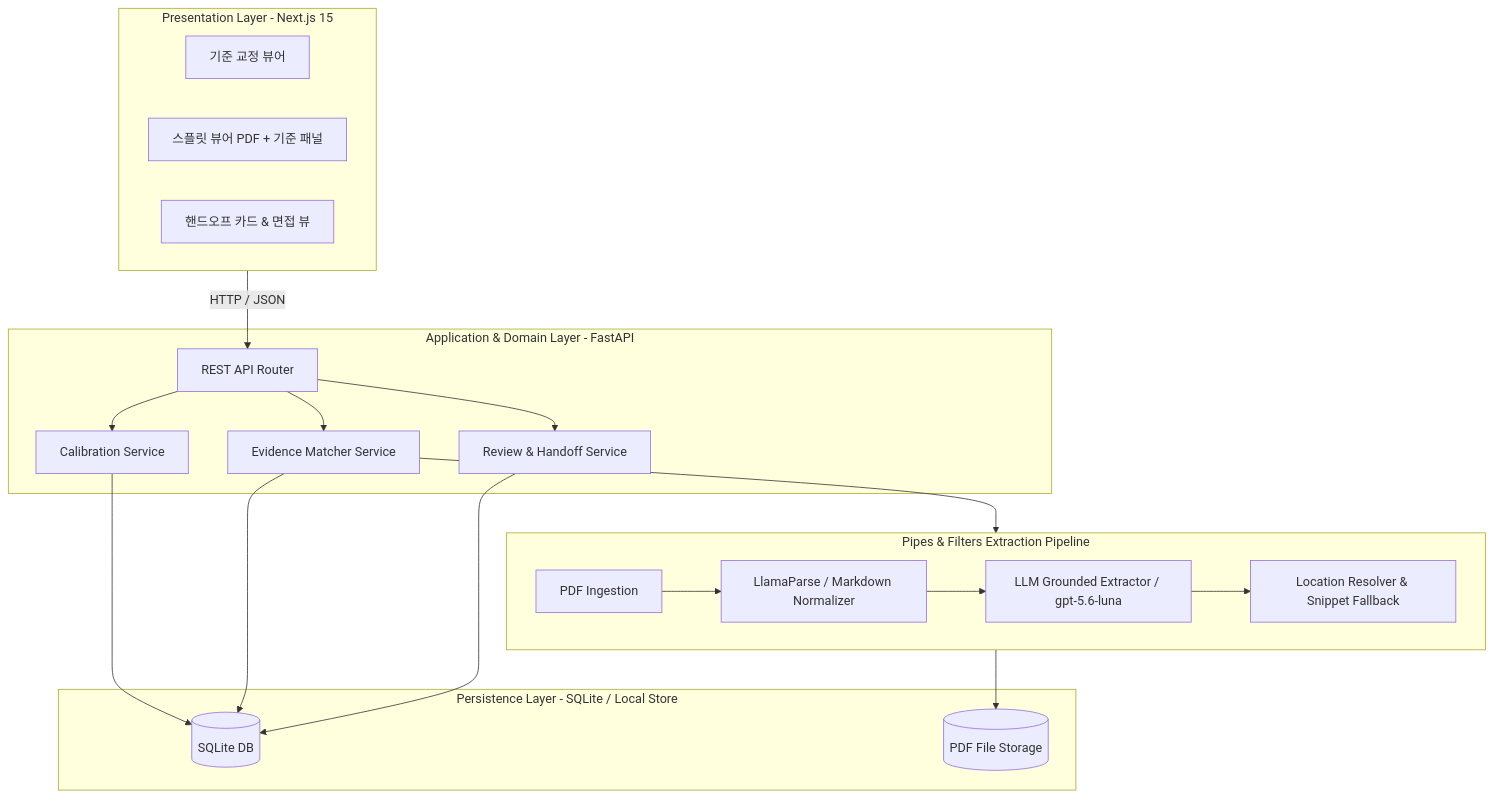
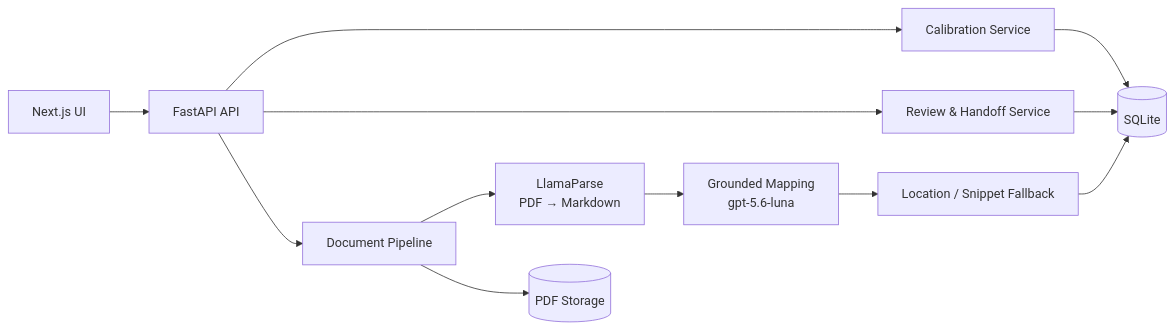
The first of 3 diagrams in _bmad-output/planning-artifacts/architecture/architecture-Zero100_Builderthon-2026-08-26/ARCHITECTURE-SPINE.md (CSshk113/BLDT_BMAD), drawn with Mermaid before and after one commit. The commit also changed other lines of this file and 21 other files, not shown here.

````diff
--- a/_bmad-output/planning-artifacts/architecture/architecture-Zero100_Builderthon-2026-08-26/ARCHITECTURE-SPINE.md
+++ b/_bmad-output/planning-artifacts/architecture/architecture-Zero100_Builderthon-2026-08-26/ARCHITECTURE-SPINE.md
@@ -48,36 +23,14 @@
 ```mermaid
-graph TD
-    subgraph Frontend [Presentation Layer - Next.js 15]
-        UI_CALIB[기준 교정 뷰어]
-        UI_SPLIT[스플릿 뷰어 PDF + 기준 패널]
-        UI_HANDOFF[핸드오프 카드 & 면접 뷰]
-    end
-
-    subgraph Backend [Application & Domain Layer - FastAPI]
-        API_GATEWAY[REST API Router]
-        SERVICE_CALIB[Calibration Service]
-        SERVICE_EVIDENCE[Evidence Matcher Service]
-        SERVICE_REVIEW[Review & Handoff Service]
-    end
-
-    subgraph Pipeline [Pipes & Filters Extraction Pipeline]
-        P1[PDF Ingestion] --> P2[LlamaParse / Markdown Normalizer]
-        P2 --> P3[LLM Grounded Extractor / gpt-5.6-luna]
-        P3 --> P4[Location Resolver & Snippet Fallback]
-    end
-
-    subgraph Storage [Persistence Layer - SQLite / Local Store]
-        DB[(SQLite DB)]
-        FILE_STORE[(PDF File Storage)]
-    end
-
-    Frontend -->|HTTP / JSON| API_GATEWAY
-    API_GATEWAY --> SERVICE_CALIB
-    API_GATEWAY --> SERVICE_EVIDENCE
-    API_GATEWAY --> SERVICE_REVIEW
-    SERVICE_EVIDENCE --> Pipeline
-    SERVICE_CALIB --> DB
-    SERVICE_EVIDENCE --> DB
-    SERVICE_REVIEW --> DB
-    Pipeline --> FILE_STORE
+flowchart LR
+    UI[Next.js UI] --> API[FastAPI API]
+    API --> CALIB[Calibration Service]
+    API --> REVIEW[Review & Handoff Service]
+    API --> PIPE[Document Pipeline]
+    PIPE --> PARSE[LlamaParse<br/>PDF → Markdown]
+    PARSE --> MAP[Grounded Mapping<br/>gpt-5.6-luna]
+    MAP --> LOC[Location / Snippet Fallback]
+    CALIB --> DB[(SQLite)]
+    REVIEW --> DB
+    LOC --> DB
+    PIPE --> FILES[(PDF Storage)]
 ```
````
